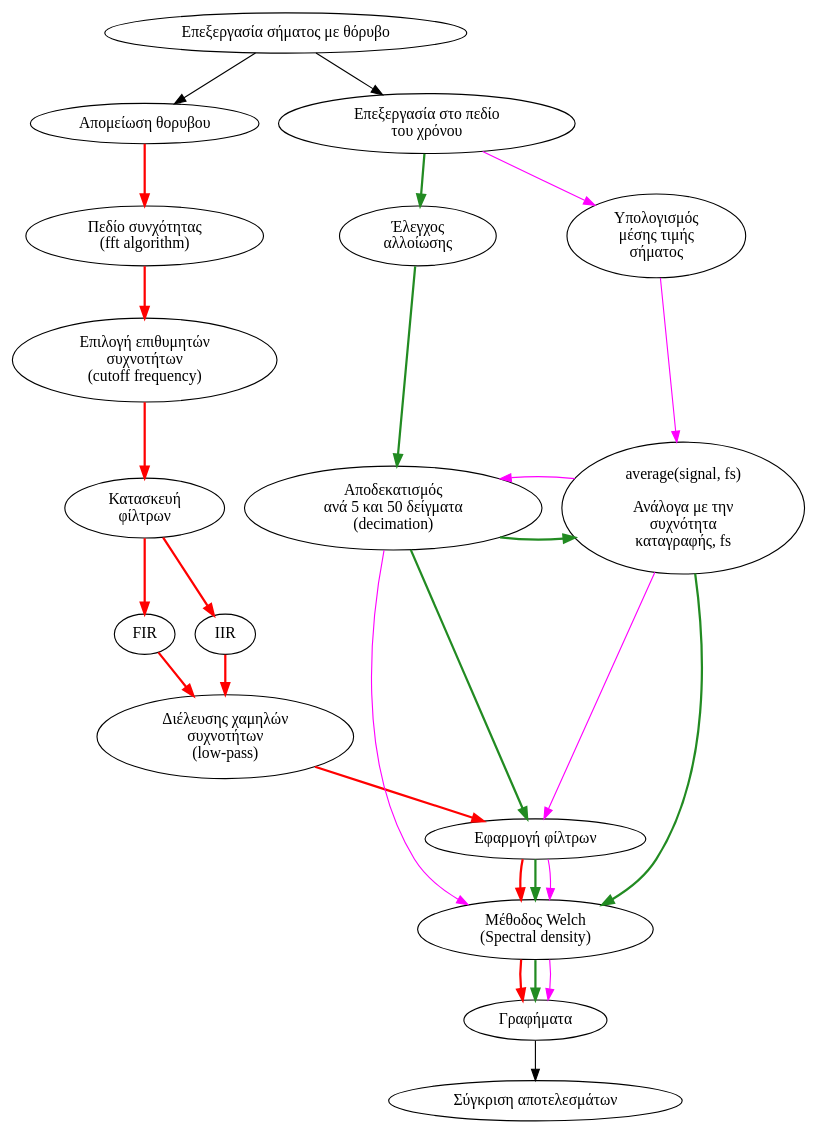
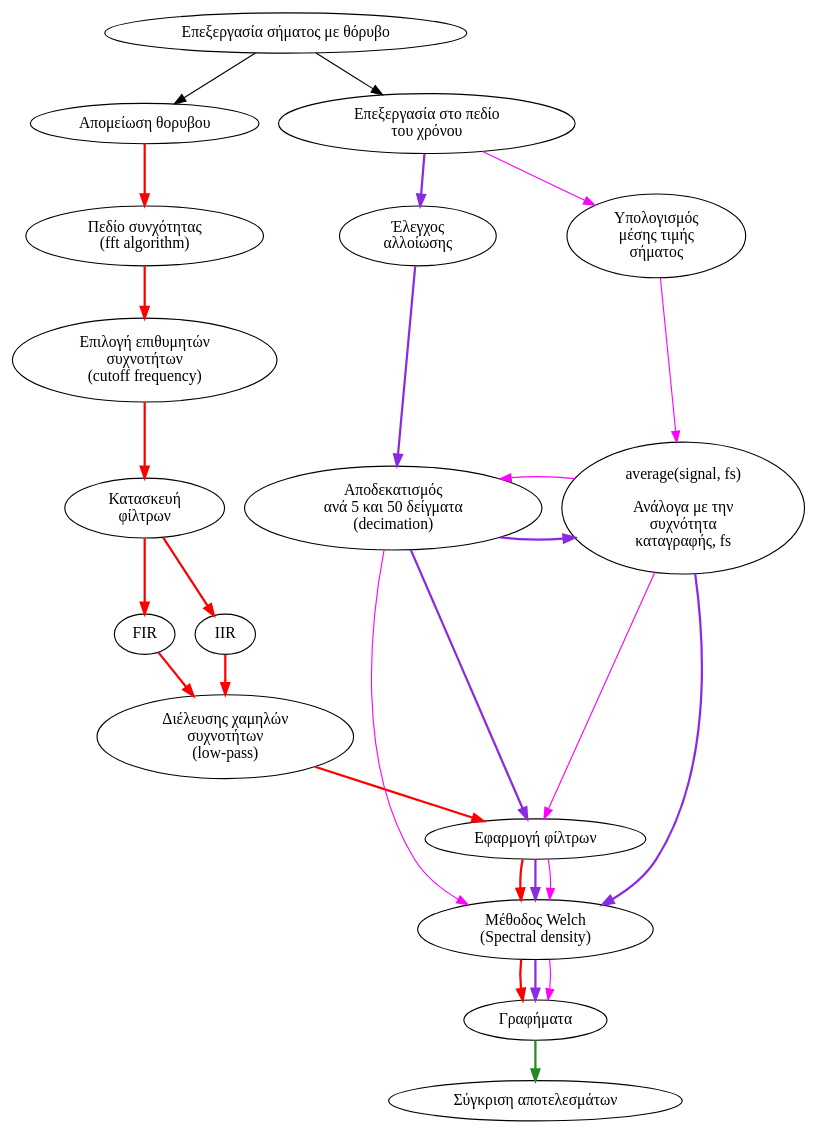
One commit to hmu-mech-npap/diss.tn.doc changed the diagram in dissertation document/main_doc/proc-methods.gv. Above: the diagram before and after it, drawn with Graphviz.

Commit message:
improve color code for the reader

```diff
--- a/dissertation document/main_doc/proc-methods.gv
+++ b/dissertation document/main_doc/proc-methods.gv
@@ -1,59 +1,59 @@
 digraph processing {
     // root of operations
     root [label="Επεξεργασία σήματος με θόρυβο" ]
     filt [label="Απομείωση θορυβου"]
     aliasing [label="Έλεγχος \n αλλοίωσης"]
     averg [label="Υπολογισμός \n μέσης τιμής \n σήματος"]
 
     // filter related
     fir [label="FIR"]
     iir [label="IIR"]
     apply [label="Εφαρμογή φίλτρων"]
     filterconst [label="Κατασκευή \n φίλτρων"]
     filt_type [label="Διέλευσης χαμηλών \n συχνοτήτων \n (low-pass)"]
 
     // aliasing
     decimop [label="Αποδεκατισμός \n ανά 5 και 50 δείγματα \n (decimation)"]
     timedom [label="Επεξεργασία στο πεδίο \n του χρόνου"]
 
     //general bubbles
     graphs [label="Γραφήματα"]
     fftmethod [label= "Πεδίο συνχότητας \n (fft algorithm)" ]
     choosfilt [label="Επιλογή επιθυμητών \n συχνοτήτων \n(cutoff frequency)"]
     results [label="Σύγκριση αποτελεσμάτων"]
     avrged [label="average(signal, fs) \n \n Ανάλογα με την \n συχνότητα \n καταγραφής, fs"]
     welch [label="Μέθοδος Welch \n (Spectral density)"]
 
     {rank=same; filt timedom }
     {rank=same; fftmethod aliasing averg}
     {rank=same; decimop filterconst avrged}
 
     // start the graph at last 🫠
     root -> {filt timedom}
 
     // filtering path
     filt ->
     fftmethod ->
     choosfilt ->
     filterconst -> {fir iir} ->
     filt_type ->
     apply ->
     welch ->
     graphs [style=bold, color=red]
 
     // aliasing path
     timedom ->
     aliasing ->
     decimop -> {apply avrged} ->
     welch ->
-    graphs[color=forestgreen, style=bold]
+    graphs[color=blueviolet , style=bold]
 
     // aliasing path
     timedom ->
     averg ->
     avrged -> {decimop apply} ->
     welch ->
     graphs [color=magenta]
 
-    graphs -> results
+    graphs -> results [color=forestgreen, style=bold]
 }
```
